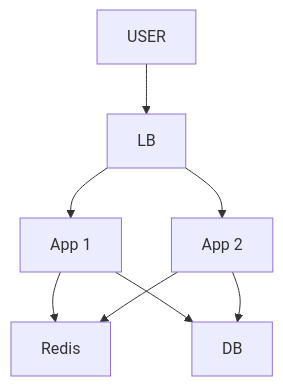
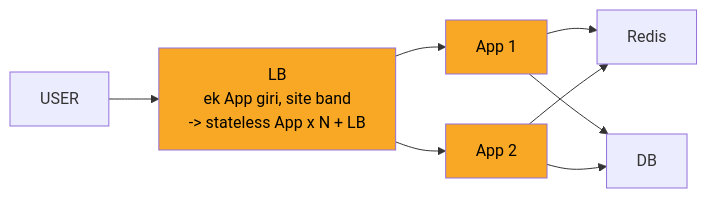
One commit to ArpanMaheshwari144/Prep changed the third of 10 diagrams in 04_HLD/SYSTEM_DESIGNS/01_url_shortener/01_url_shortener.md. Above: the diagram before and after it, drawn with Mermaid. The commit also changed other lines of this file and 2 other files, not shown here.

Commit message:
url shortener, rate limiter, twitter: one-day story, short cards, follow-ups with rules, highlighted diagrams

````diff
--- a/04_HLD/SYSTEM_DESIGNS/01_url_shortener/01_url_shortener.md
+++ b/04_HLD/SYSTEM_DESIGNS/01_url_shortener/01_url_shortener.md
@@ -145,16 +147,19 @@
 ```mermaid
-flowchart TD
+flowchart LR
     n_USER["USER"]
-    n_LB["LB"]
+    n_LB["LB<br/>ek App giri, site band<br/>-> stateless App x N + LB"]
     n_App_x_N_1["App 1"]
     n_App_x_N_2["App 2"]
     n_Redis["Redis"]
     n_DB["DB"]
     n_USER --> n_LB
     n_LB --> n_App_x_N_1
     n_LB --> n_App_x_N_2
     n_App_x_N_1 --> n_Redis
     n_App_x_N_2 --> n_Redis
     n_App_x_N_1 --> n_DB
     n_App_x_N_2 --> n_DB
+    style n_LB fill:#f9a825,color:#000
+    style n_App_x_N_1 fill:#f9a825,color:#000
+    style n_App_x_N_2 fill:#f9a825,color:#000
 ```
````
